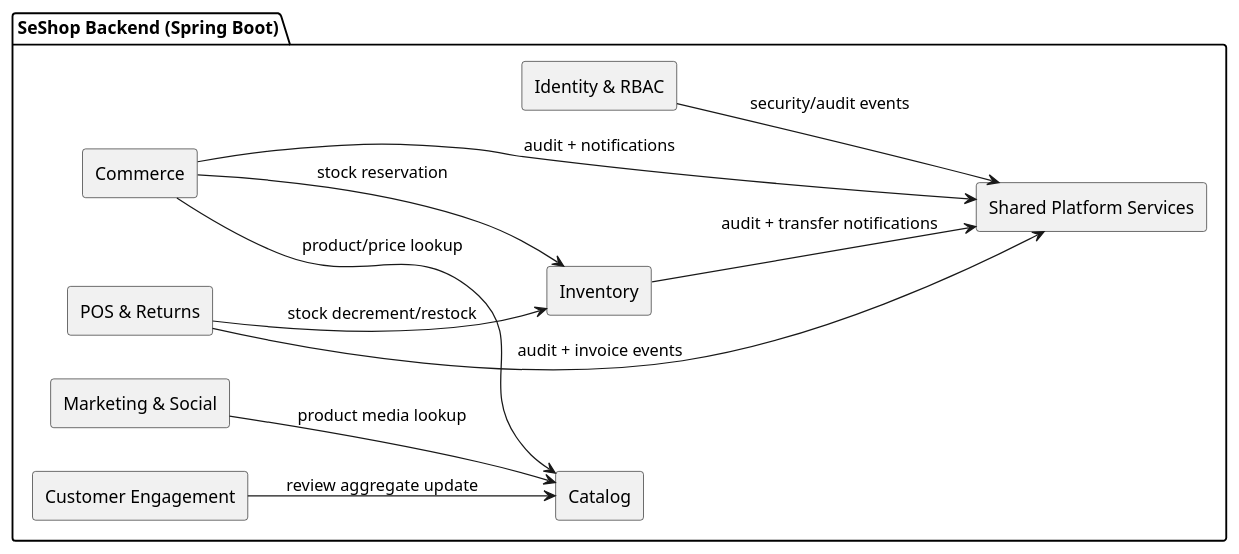
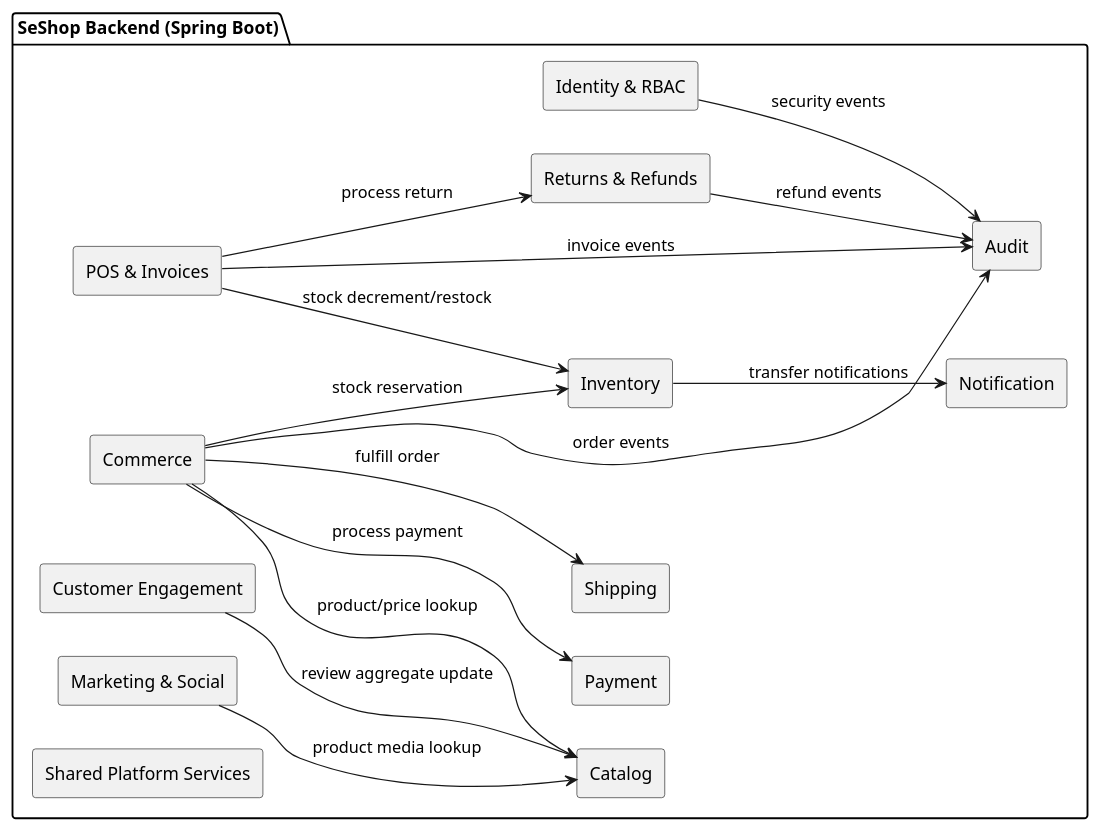
One commit to dieuxuanhien/SeShop changed the first of 6 diagrams in docs/12. SAD/SESHOP SAD.md. Above: the diagram before and after it, drawn with PlantUML. The commit also changed other lines of this file and 12 other files, not shown here.

````diff
--- a/docs/12. SAD/SESHOP SAD.md
+++ b/docs/12. SAD/SESHOP SAD.md
@@ -368,27 +368,36 @@
 ```plantuml
 @startuml
 left to right direction
 skinparam componentStyle rectangle
 
 package "SeShop Backend (Spring Boot)" {
   [Identity & RBAC] as Identity
   [Catalog] as Catalog
   [Inventory] as Inventory
   [Commerce] as Commerce
-  [POS & Returns] as POS
+  [Payment] as Payment
+  [Shipping] as Shipping
+  [POS & Invoices] as POS
+  [Returns & Refunds] as Refund
   [Marketing & Social] as Marketing
-  [Customer Engagement] as Engagement
+  [Customer Engagement] as Review
+  [Audit] as Audit
+  [Notification] as Notification
   [Shared Platform Services] as Shared
 }
 
 Commerce --> Inventory : stock reservation
 Commerce --> Catalog : product/price lookup
-Commerce --> Shared : audit + notifications
+Commerce --> Payment : process payment
+Commerce --> Shipping : fulfill order
 POS --> Inventory : stock decrement/restock
-POS --> Shared : audit + invoice events
-Inventory --> Shared : audit + transfer notifications
+POS --> Refund : process return
+Inventory --> Notification : transfer notifications
 Marketing --> Catalog : product media lookup
-Engagement --> Catalog : review aggregate update
-Identity --> Shared : security/audit events
+Review --> Catalog : review aggregate update
+Identity --> Audit : security events
+Commerce --> Audit : order events
+POS --> Audit : invoice events
+Refund --> Audit : refund events
 @enduml
 ```
````
